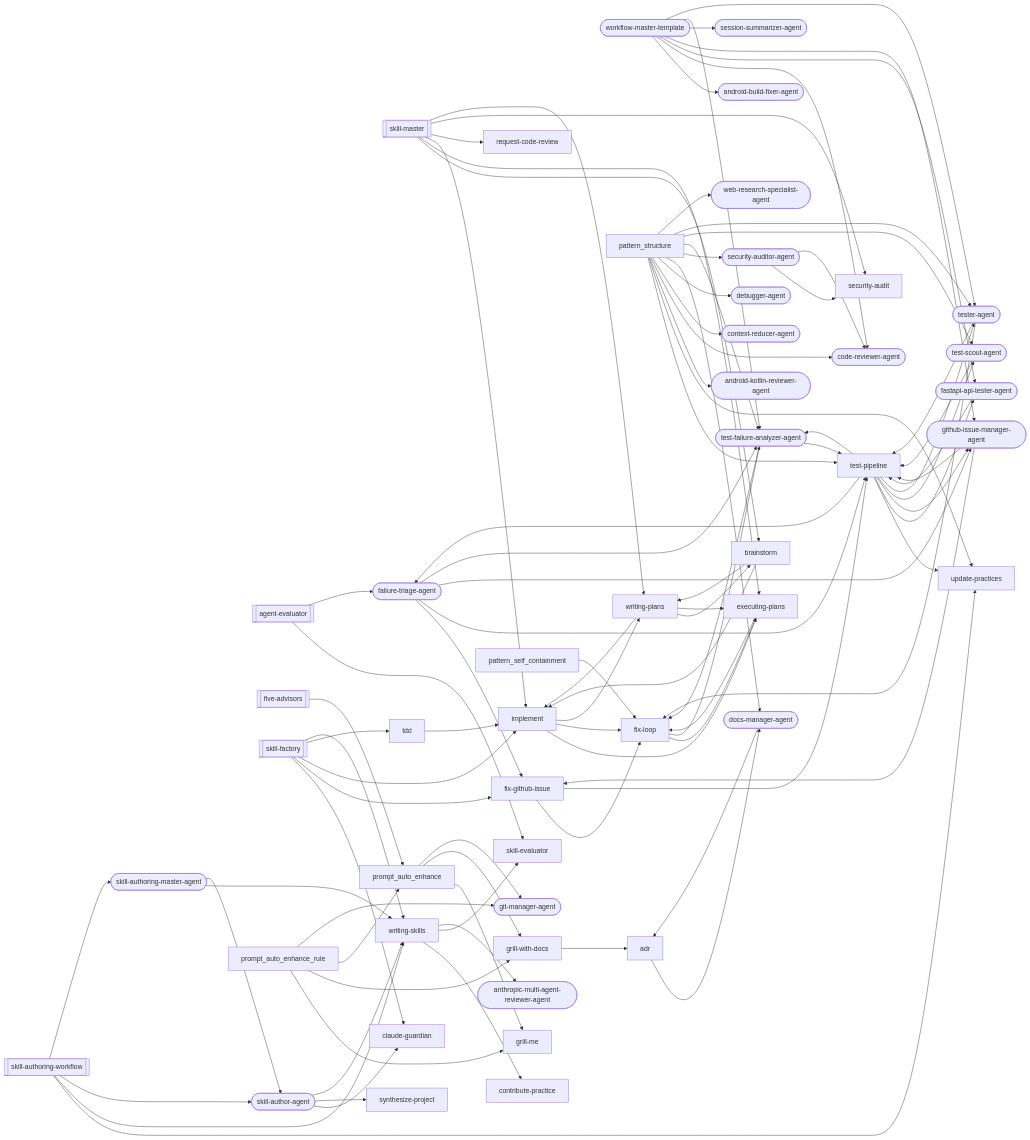
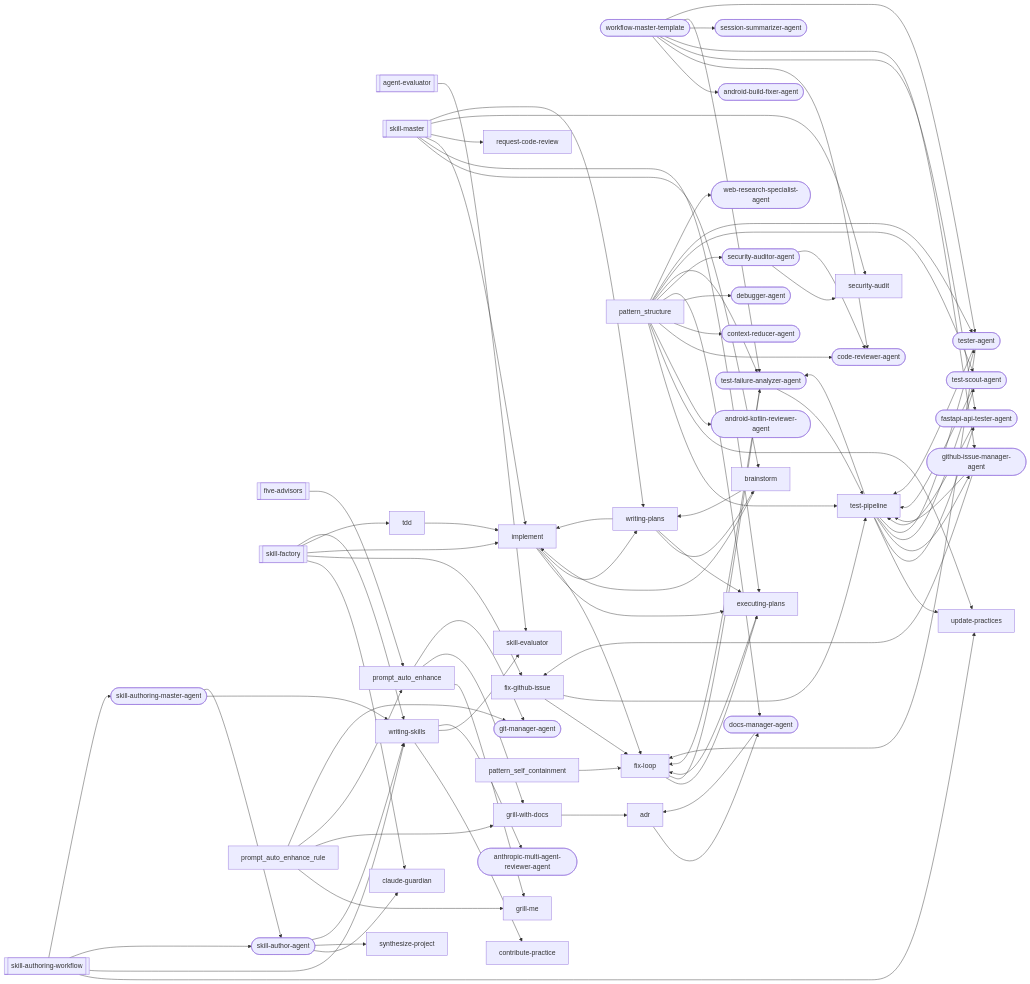
One commit to abhayla/claude-best-practices changed the third of 29 diagrams in docs/workflows/skill-authoring.md. Above: the diagram before and after it, drawn with Mermaid. The commit also changed other lines of this file and 46 other files, not shown here.

```diff
--- a/docs/workflows/skill-authoring.md
+++ b/docs/workflows/skill-authoring.md
@@ -751,7 +750,6 @@
     debugger_agent(["debugger-agent"])
     docs_manager_agent(["docs-manager-agent"])
     executing_plans["executing-plans"]
-    failure_triage_agent(["failure-triage-agent"])
     fastapi_api_tester_agent(["fastapi-api-tester-agent"])
     fix_github_issue["fix-github-issue"]
     fix_loop["fix-loop"]
@@ -779,7 +777,6 @@
     writing_skills["writing-skills"]
     adr --> docs_manager_agent
     agent_evaluator --> skill_evaluator
-    agent_evaluator --> failure_triage_agent
     brainstorm --> implement
     brainstorm --> writing_plans
     executing_plans --> fix_loop
@@ -812,7 +809,6 @@
     skill_master --> writing_plans
     tdd --> implement
     test_pipeline --> update_practices
-    test_pipeline --> failure_triage_agent
     test_pipeline --> fastapi_api_tester_agent
     test_pipeline --> github_issue_manager_agent
     test_pipeline --> test_failure_analyzer_agent
@@ -825,10 +821,6 @@
     writing_skills --> skill_evaluator
     writing_skills --> anthropic_multi_agent_reviewer_agent
     docs_manager_agent --> adr
-    failure_triage_agent --> fix_github_issue
-    failure_triage_agent --> test_pipeline
-    failure_triage_agent --> github_issue_manager_agent
-    failure_triage_agent --> test_failure_analyzer_agent
     fastapi_api_tester_agent --> test_pipeline
     github_issue_manager_agent --> fix_github_issue
     github_issue_manager_agent --> test_pipeline
```
